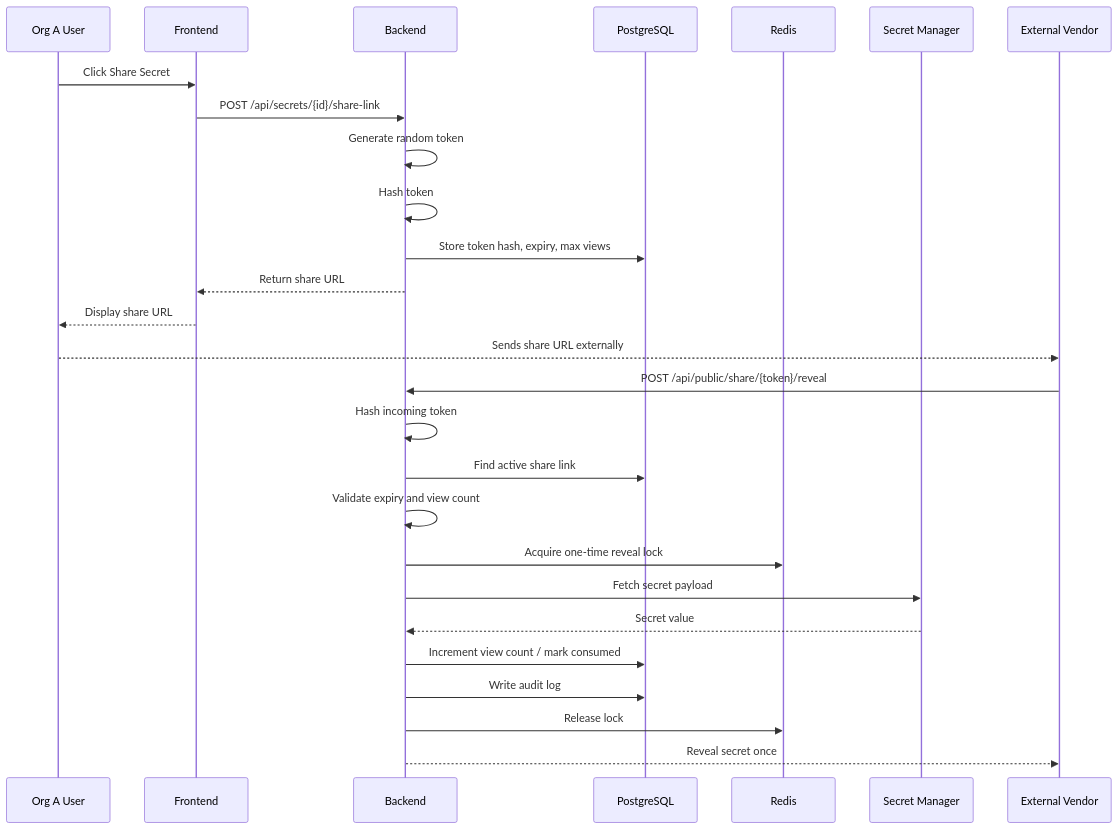
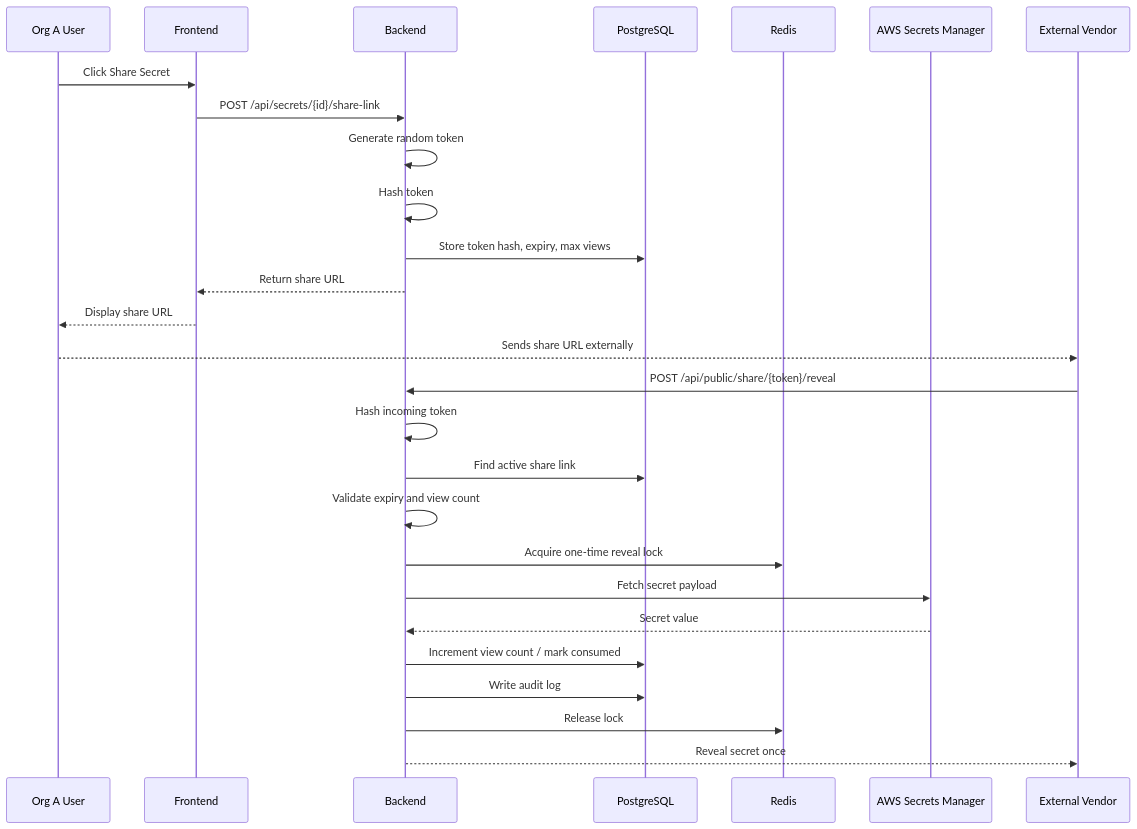
One commit to shashankpatil-dev/tijoir changed the sixth of 10 diagrams in docs/product-spec.md. Above: the diagram before and after it, drawn with Mermaid. The commit also changed other lines of this file and 48 other files, not shown here.

````diff
--- a/docs/product-spec.md
+++ b/docs/product-spec.md
@@ -794,32 +794,32 @@
 ```mermaid
 sequenceDiagram
     participant A as Org A User
     participant FE as Frontend
     participant API as Backend
     participant DB as PostgreSQL
     participant R as Redis
-    participant GSM as Secret Manager
+    participant ASM as AWS Secrets Manager
     participant V as External Vendor
 
     A->>FE: Click Share Secret
     FE->>API: POST /api/secrets/{id}/share-link
     API->>API: Generate random token
     API->>API: Hash token
     API->>DB: Store token hash, expiry, max views
     API-->>FE: Return share URL
 
     FE-->>A: Display share URL
     A-->>V: Sends share URL externally
 
     V->>API: POST /api/public/share/{token}/reveal
     API->>API: Hash incoming token
     API->>DB: Find active share link
     API->>API: Validate expiry and view count
     API->>R: Acquire one-time reveal lock
-    API->>GSM: Fetch secret payload
-    GSM-->>API: Secret value
+    API->>ASM: Fetch secret payload
+    ASM-->>API: Secret value
     API->>DB: Increment view count / mark consumed
     API->>DB: Write audit log
     API->>R: Release lock
     API-->>V: Reveal secret once
 ```
````
